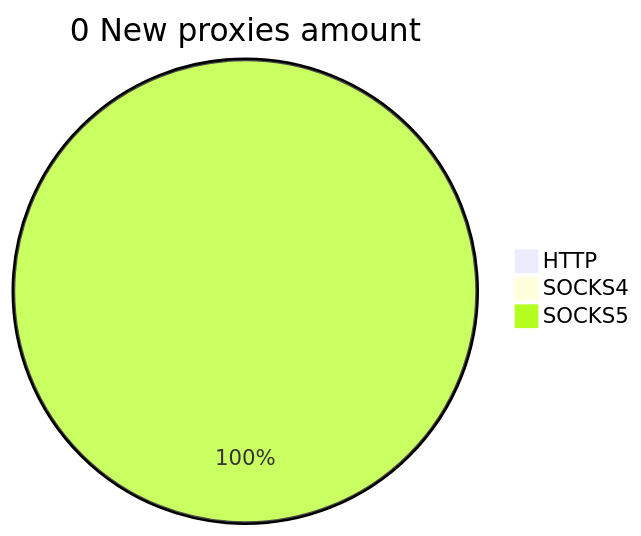
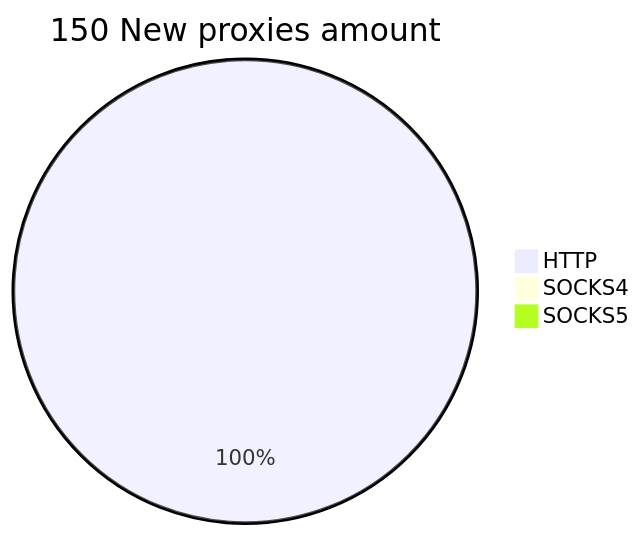
One commit to cutipu/proxylist changed the second of 2 diagrams in README.md. Above: the diagram before and after it, drawn with Mermaid. The commit also changed other lines of this file, not shown here.

````diff
--- a/README.md
+++ b/README.md
@@ -10,6 +10,6 @@
 ```mermaid
-pie title 0 New proxies amount
-    "HTTP" : 0
+pie title 150 New proxies amount
+    "HTTP" : 152
     "SOCKS4" : 0
-    "SOCKS5" : 4
+    "SOCKS5" : 0
 ```
````
